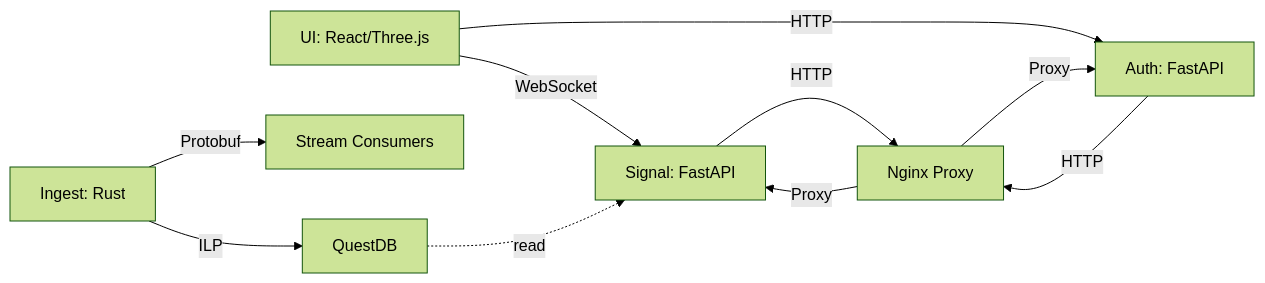
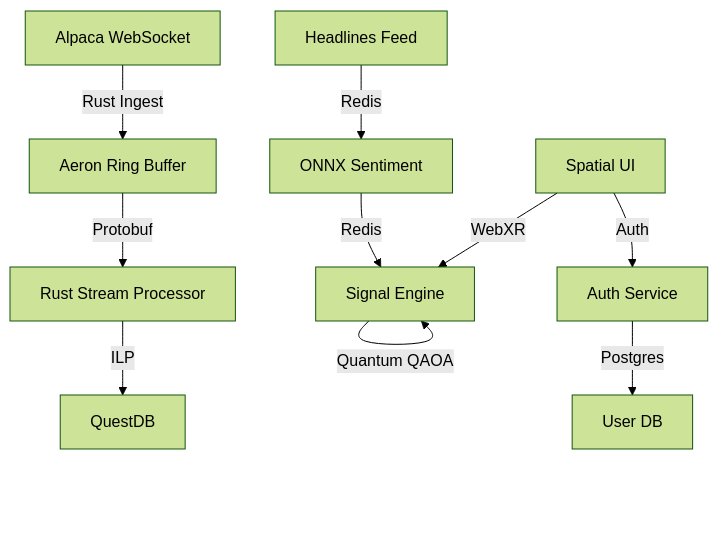
One commit to Monkey0-9/data_bro changed the diagram in README.md. Above: the diagram before and after it, drawn with Mermaid (forest theme). The commit also changed other lines of this file and 17 other files, not shown here.

````diff
--- a/README.md
+++ b/README.md
@@ -17,12 +18,12 @@
 ```mermaid
-graph LR
-  A[Ingest: Rust] -->|ILP| B[QuestDB]
-  A -->|Protobuf| C[Stream Consumers]
-  D[UI: React/Three.js] -->|WebSocket| E[Signal: FastAPI]
-  D -->|HTTP| F[Auth: FastAPI]
-  E -->|HTTP| G[Nginx Proxy]
-  F -->|HTTP| G
-  G -->|Proxy| E
-  G -->|Proxy| F
-  B -.->|read| E
+graph TD
+  A[Alpaca WebSocket] -->|Rust Ingest| B[Aeron Ring Buffer]
+  B -->|Protobuf| C[Rust Stream Processor]
+  C -->|ILP| D[QuestDB]
+  E[Headlines Feed] -->|Redis| F[ONNX Sentiment]
+  F -->|Redis| G[Signal Engine]
+  G -->|Quantum QAOA| G
+  H[Spatial UI] -->|WebXR| G
+  H -->|Auth| I[Auth Service]
+  I -->|Postgres| J[User DB]
 ```
````
